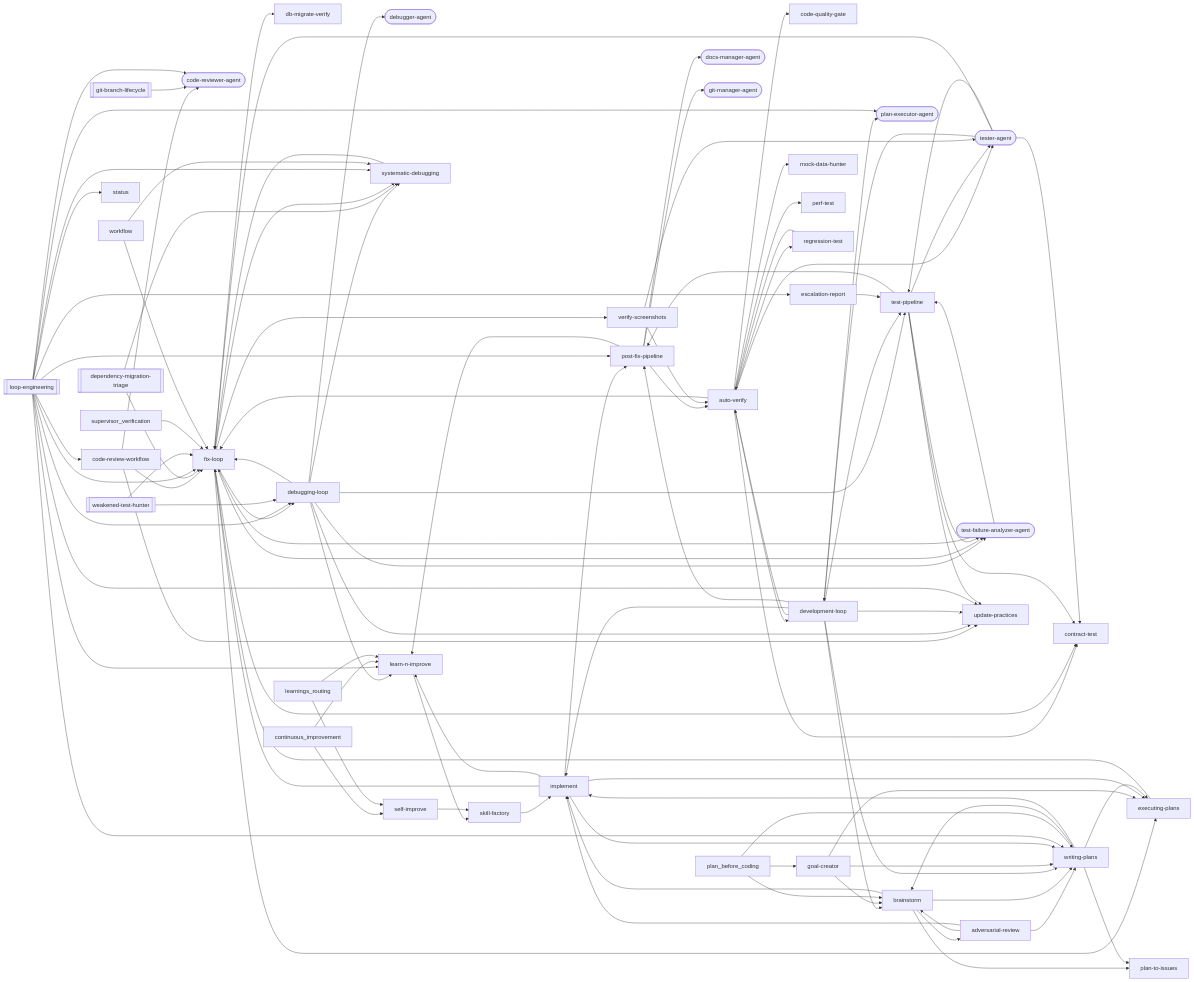
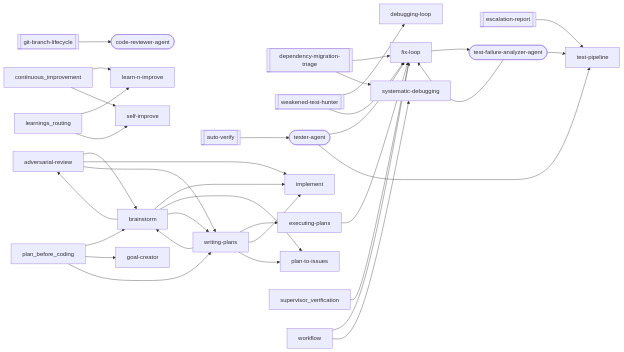
One commit to abhayla/claude-best-practices changed the fourth of 14 diagrams in docs/workflows/loop-engineering.md. Above: the diagram before and after it, drawn with Mermaid. The commit also changed other lines of this file and 64 other files, not shown here.

First line of the commit message:
feat(346-stage2): plugins-first-only — plan, pilot, and 32-skill batch conversion (#411)

````diff
--- a/docs/workflows/loop-engineering.md
+++ b/docs/workflows/loop-engineering.md
@@ -203,135 +457,48 @@
 ```mermaid
 graph LR
+    auto_verify[["auto-verify"]]
     dependency_migration_triage[["dependency-migration-triage"]]
+    escalation_report[["escalation-report"]]
     git_branch_lifecycle[["git-branch-lifecycle"]]
-    loop_engineering[["loop-engineering"]]
     weakened_test_hunter[["weakened-test-hunter"]]
     adversarial_review["adversarial-review"]
-    auto_verify["auto-verify"]
     brainstorm["brainstorm"]
-    code_quality_gate["code-quality-gate"]
-    code_review_workflow["code-review-workflow"]
     code_reviewer_agent(["code-reviewer-agent"])
-    contract_test["contract-test"]
-    db_migrate_verify["db-migrate-verify"]
-    debugger_agent(["debugger-agent"])
     debugging_loop["debugging-loop"]
-    development_loop["development-loop"]
-    docs_manager_agent(["docs-manager-agent"])
-    escalation_report["escalation-report"]
     executing_plans["executing-plans"]
     fix_loop["fix-loop"]
-    git_manager_agent(["git-manager-agent"])
     goal_creator["goal-creator"]
     implement["implement"]
     learn_n_improve["learn-n-improve"]
-    mock_data_hunter["mock-data-hunter"]
-    perf_test["perf-test"]
-    plan_executor_agent(["plan-executor-agent"])
     plan_to_issues["plan-to-issues"]
-    post_fix_pipeline["post-fix-pipeline"]
-    regression_test["regression-test"]
     self_improve["self-improve"]
-    skill_factory["skill-factory"]
-    status["status"]
     systematic_debugging["systematic-debugging"]
     test_failure_analyzer_agent(["test-failure-analyzer-agent"])
     test_pipeline["test-pipeline"]
     tester_agent(["tester-agent"])
-    update_practices["update-practices"]
-    verify_screenshots["verify-screenshots"]
     writing_plans["writing-plans"]
     adversarial_review --> brainstorm
     adversarial_review --> implement
     adversarial_review --> writing_plans
-    auto_verify --> code_quality_gate
-    auto_verify --> contract_test
-    auto_verify --> development_loop
-    auto_verify --> fix_loop
-    auto_verify --> mock_data_hunter
-    auto_verify --> perf_test
-    auto_verify --> regression_test
     auto_verify --> tester_agent
     brainstorm --> adversarial_review
     brainstorm --> implement
     brainstorm --> plan_to_issues
     brainstorm --> writing_plans
-    code_review_workflow --> fix_loop
-    code_review_workflow --> update_practices
-    code_review_workflow --> code_reviewer_agent
-    debugging_loop --> fix_loop
-    debugging_loop --> learn_n_improve
-    debugging_loop --> systematic_debugging
-    debugging_loop --> test_pipeline
-    debugging_loop --> update_practices
-    debugging_loop --> debugger_agent
-    debugging_loop --> test_failure_analyzer_agent
     dependency_migration_triage --> fix_loop
     dependency_migration_triage --> systematic_debugging
-    development_loop --> auto_verify
-    development_loop --> brainstorm
-    development_loop --> implement
-    development_loop --> post_fix_pipeline
-    development_loop --> test_pipeline
-    development_loop --> update_practices
-    development_loop --> writing_plans
-    development_loop --> plan_executor_agent
     escalation_report --> test_pipeline
     executing_plans --> fix_loop
-    fix_loop --> contract_test
-    fix_loop --> db_migrate_verify
-    fix_loop --> debugging_loop
-    fix_loop --> executing_plans
-    fix_loop --> systematic_debugging
-    fix_loop --> verify_screenshots
     fix_loop --> test_failure_analyzer_agent
     git_branch_lifecycle --> code_reviewer_agent
-    goal_creator --> brainstorm
-    goal_creator --> executing_plans
-    goal_creator --> writing_plans
-    implement --> executing_plans
-    implement --> fix_loop
-    implement --> learn_n_improve
-    implement --> post_fix_pipeline
-    implement --> writing_plans
-    learn_n_improve --> skill_factory
-    loop_engineering --> code_review_workflow
-    loop_engineering --> debugging_loop
-    loop_engineering --> escalation_report
-    loop_engineering --> fix_loop
-    loop_engineering --> learn_n_improve
-    loop_engineering --> post_fix_pipeline
-    loop_engineering --> status
-    loop_engineering --> systematic_debugging
-    loop_engineering --> update_practices
-    loop_engineering --> writing_plans
-    loop_engineering --> code_reviewer_agent
-    loop_engineering --> plan_executor_agent
-    post_fix_pipeline --> auto_verify
-    post_fix_pipeline --> learn_n_improve
-    post_fix_pipeline --> docs_manager_agent
-    post_fix_pipeline --> git_manager_agent
-    regression_test --> auto_verify
-    skill_factory --> implement
-    systematic_debugging --> fix_loop
-    test_pipeline --> contract_test
-    test_pipeline --> post_fix_pipeline
-    test_pipeline --> update_practices
-    test_pipeline --> test_failure_analyzer_agent
-    test_pipeline --> tester_agent
-    verify_screenshots --> auto_verify
-    verify_screenshots --> tester_agent
     weakened_test_hunter --> debugging_loop
     weakened_test_hunter --> fix_loop
     writing_plans --> brainstorm
     writing_plans --> executing_plans
     writing_plans --> implement
     writing_plans --> plan_to_issues
-    self_improve --> skill_factory
     test_failure_analyzer_agent --> fix_loop
     test_failure_analyzer_agent --> test_pipeline
-    tester_agent --> contract_test
-    tester_agent --> development_loop
     tester_agent --> fix_loop
     tester_agent --> test_pipeline
     continuous_improvement --> learn_n_improve
````
